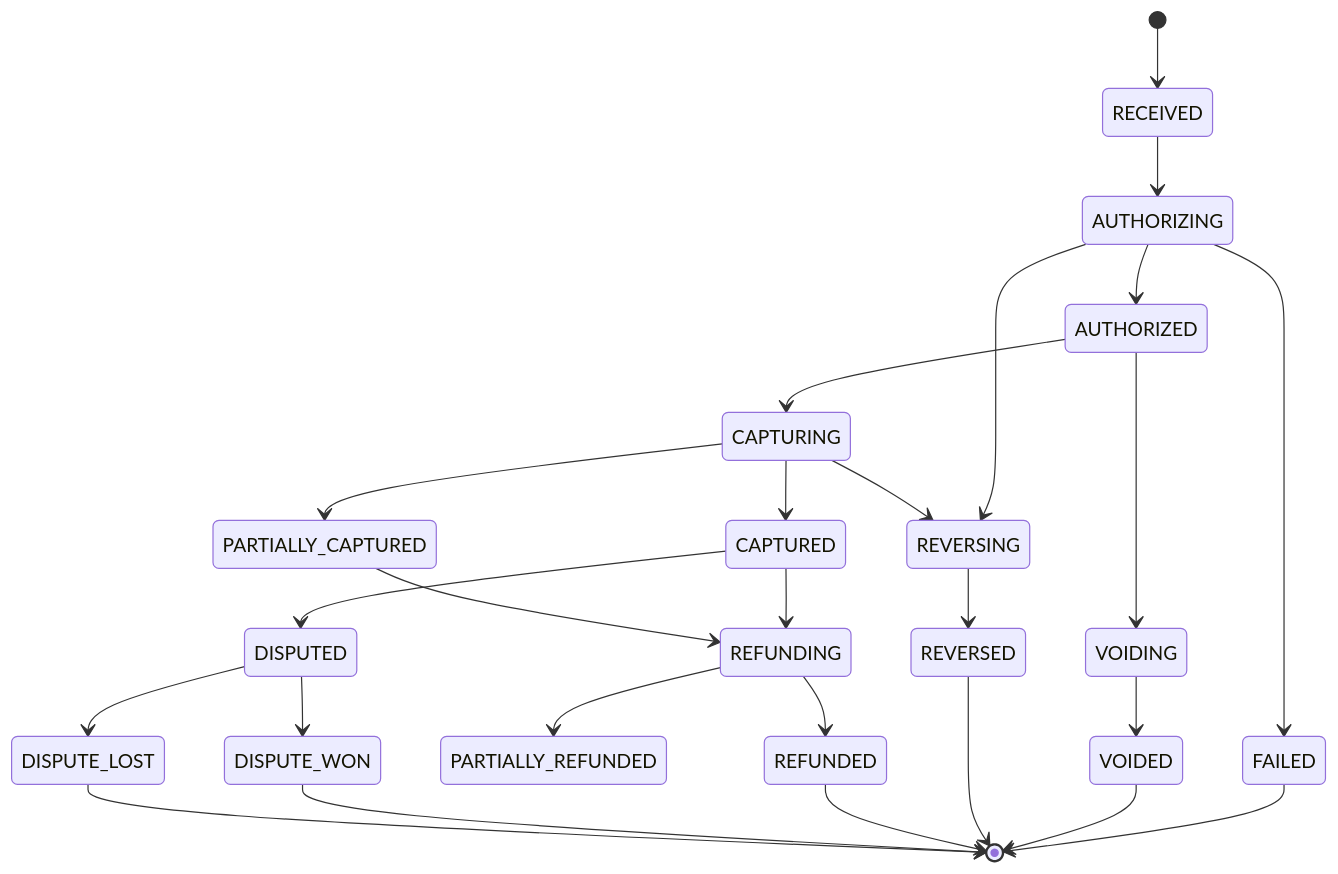
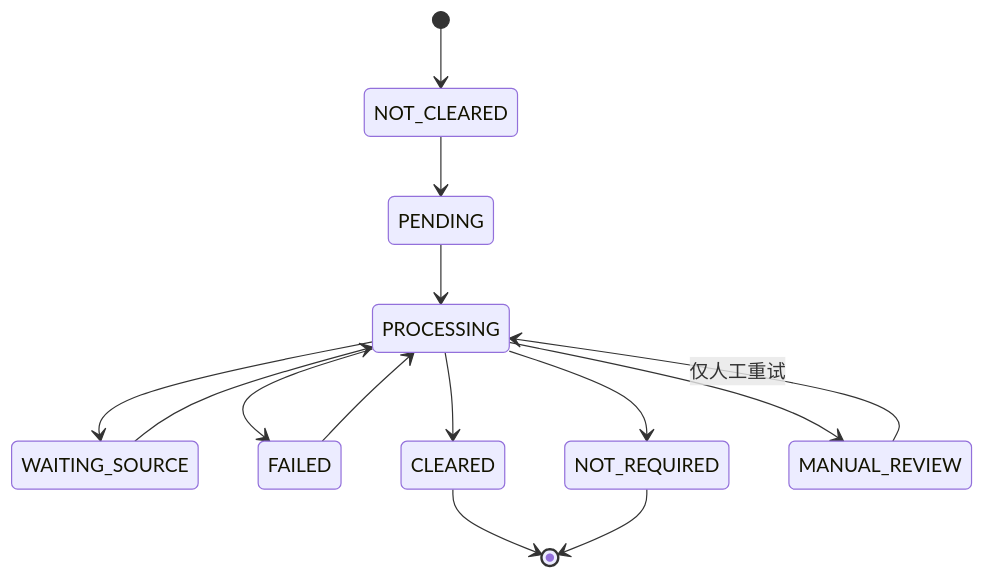
One commit to wikerx/acquiring-orchestration changed the ninth of 11 diagrams in docs/architecture/system-architecture.md. Above: the diagram before and after it, drawn with Mermaid. The commit also changed other lines of this file and 1 other file, not shown here.

````diff
--- a/docs/architecture/system-architecture.md
+++ b/docs/architecture/system-architecture.md
@@ -267,28 +803,16 @@
 ```mermaid
 stateDiagram-v2
-    [*] --> RECEIVED
-    RECEIVED --> AUTHORIZING
-    AUTHORIZING --> AUTHORIZED
-    AUTHORIZING --> FAILED
-    AUTHORIZED --> CAPTURING
-    CAPTURING --> CAPTURED
-    CAPTURING --> PARTIALLY_CAPTURED
-    AUTHORIZED --> VOIDING
-    VOIDING --> VOIDED
-    CAPTURED --> REFUNDING
-    PARTIALLY_CAPTURED --> REFUNDING
-    REFUNDING --> PARTIALLY_REFUNDED
-    REFUNDING --> REFUNDED
-    AUTHORIZING --> REVERSING
-    CAPTURING --> REVERSING
-    REVERSING --> REVERSED
-    CAPTURED --> DISPUTED
-    DISPUTED --> DISPUTE_WON
-    DISPUTED --> DISPUTE_LOST
-    FAILED --> [*]
-    VOIDED --> [*]
-    REVERSED --> [*]
-    REFUNDED --> [*]
-    DISPUTE_WON --> [*]
-    DISPUTE_LOST --> [*]
+    [*] --> NOT_CLEARED
+    NOT_CLEARED --> PENDING
+    PENDING --> PROCESSING
+    WAITING_SOURCE --> PROCESSING
+    FAILED --> PROCESSING
+    PROCESSING --> CLEARED
+    PROCESSING --> NOT_REQUIRED
+    PROCESSING --> WAITING_SOURCE
+    PROCESSING --> FAILED
+    PROCESSING --> MANUAL_REVIEW
+    MANUAL_REVIEW --> PROCESSING: 仅人工重试
+    CLEARED --> [*]
+    NOT_REQUIRED --> [*]
 ```
````
